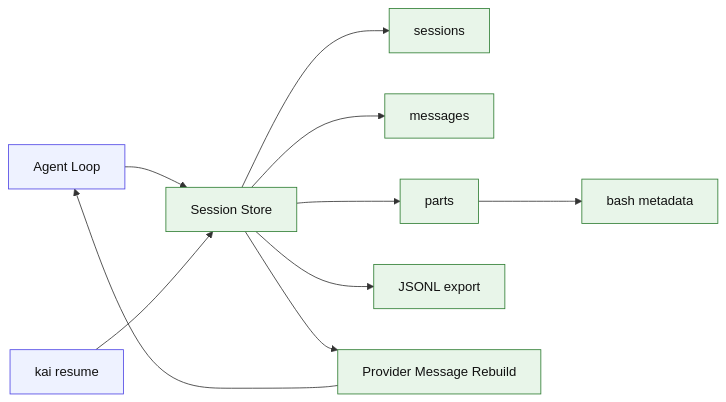
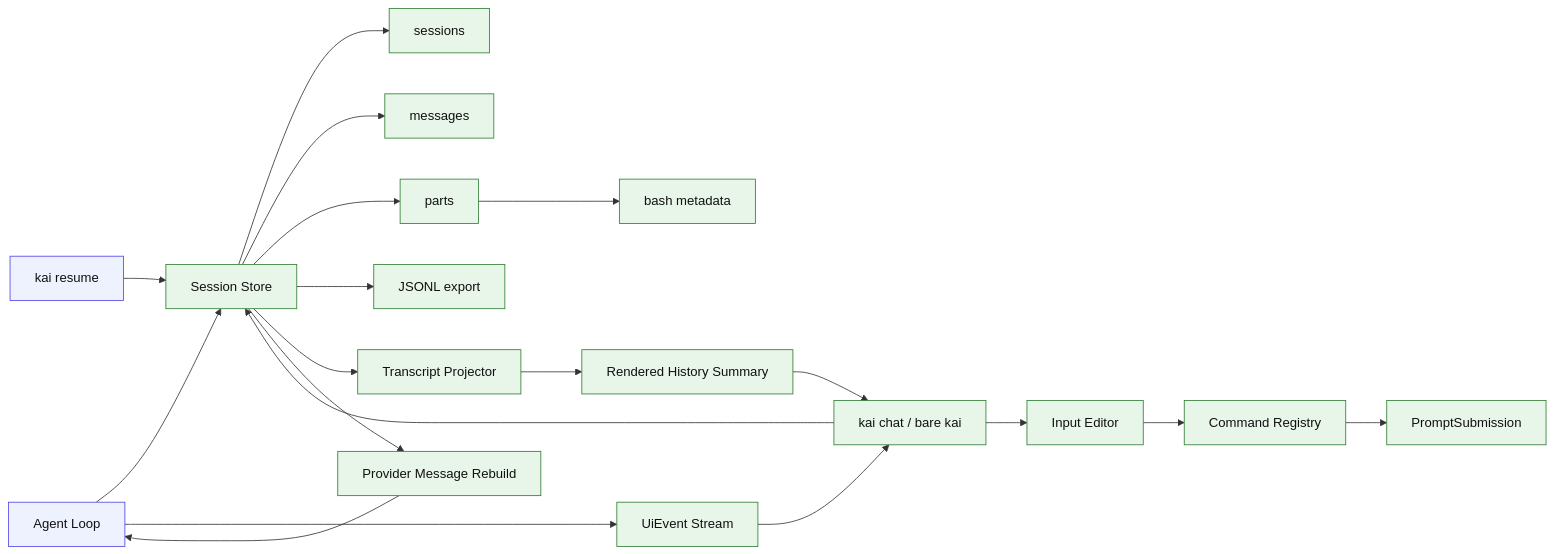
One commit to 1330482928/kai-code-agent changed the diagram in code-agent-roadmap/stages/stage-04-session-persistence.md. Above: the diagram before and after it, drawn with Mermaid. The commit also changed other lines of this file and 41 other files, not shown here.

Commit message:
docs(roadmap): refresh staged agent roadmap

````diff
--- a/code-agent-roadmap/stages/stage-04-session-persistence.md
+++ b/code-agent-roadmap/stages/stage-04-session-persistence.md
@@ -58,17 +76,26 @@
 ```mermaid
 flowchart LR
   Loop["Agent Loop"] --> Store["Session Store"]
   Store --> Sessions["sessions"]
   Store --> Messages["messages"]
   Store --> Parts["parts"]
   Parts --> BashMeta["bash metadata"]
   Store --> Exports["JSONL export"]
+  Store --> Projector["Transcript Projector"]
   CLI["kai resume <id>"] --> Store
+  Chat["kai chat / bare kai"] --> Store
+  Chat --> Input["Input Editor"]
+  Input --> Commands["Command Registry"]
+  Commands --> Submission["PromptSubmission"]
+  Projector --> History["Rendered History Summary"]
+  History --> Chat
   Store --> Rebuild["Provider Message Rebuild"]
   Rebuild --> Loop
+  Loop --> Events["UiEvent Stream"]
+  Events --> Chat
 
   classDef existing fill:#eef2ff,stroke:#4f46e5,color:#111;
   classDef new fill:#e8f5e9,stroke:#2e7d32,color:#111;
   class Loop,CLI existing;
-  class Store,Sessions,Messages,Parts,BashMeta,Exports,Rebuild new;
+  class Store,Sessions,Messages,Parts,BashMeta,Exports,Projector,History,Rebuild,Chat,Input,Commands,Submission,Events new;
 ```
````
